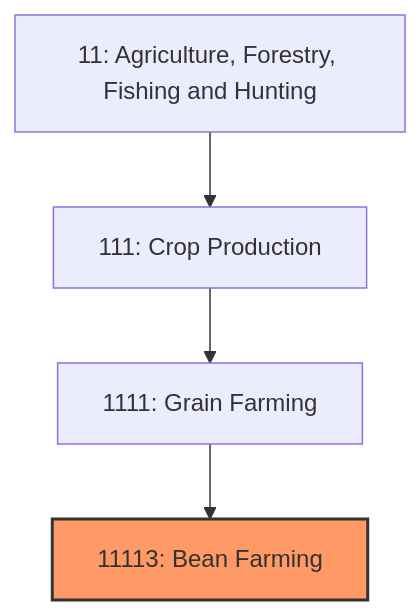
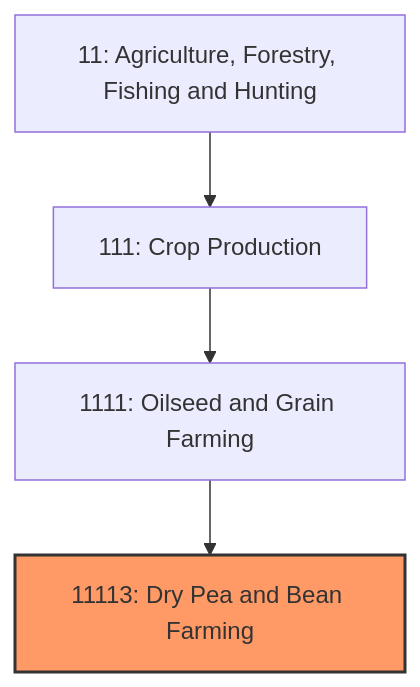
One commit to kziemski/business.org.ai changed the first of 3 diagrams in industries/Agriculture/CropProduction/GrainFarming/BeanFarming.mdx. Above: the diagram before and after it, drawn with Mermaid. The commit also changed other lines of this file and 67 other files, not shown here.

````diff
--- a/industries/Agriculture/CropProduction/GrainFarming/BeanFarming.mdx
+++ b/industries/Agriculture/CropProduction/GrainFarming/BeanFarming.mdx
@@ -20,8 +34,8 @@
 ```mermaid
 graph TD
     S11["11: Agriculture, Forestry, Fishing and Hunting"]
     S11 --> N111["111: Crop Production"]
-    N111 --> N1111["1111: Grain Farming"]
-    N1111 --> N11113["11113: Bean Farming"]
+    N111 --> N1111["1111: Oilseed and Grain Farming"]
+    N1111 --> N11113["11113: Dry Pea and Bean Farming"]
     style N11113 fill:#f96,stroke:#333,stroke-width:2px
 ```
````
